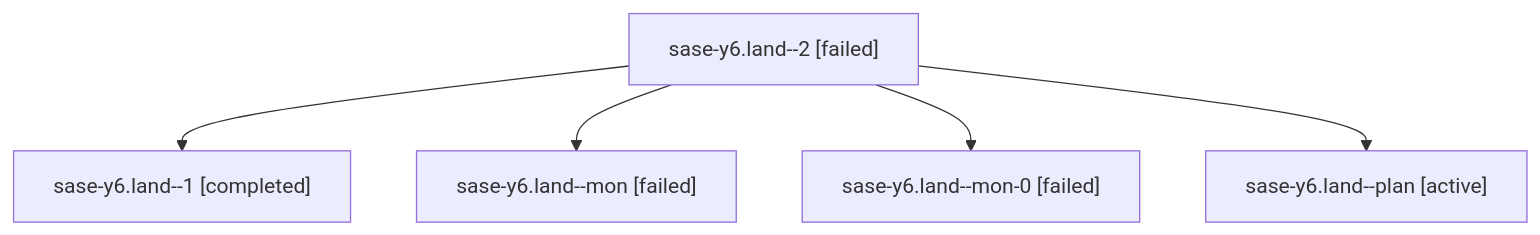
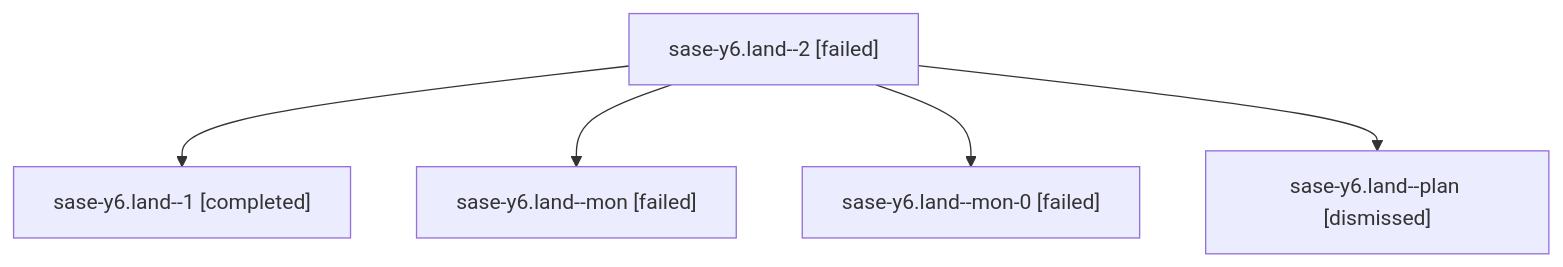
Before and after one commit to sase-org/sase--agents: the diagram in sessions/bbugyi200.athena.sase-y6.land.md, drawn with Mermaid. The commit also changed other lines of this file and 141 other files, not shown here.

````diff
--- a/sessions/bbugyi200.athena.sase-y6.land.md
+++ b/sessions/bbugyi200.athena.sase-y6.land.md
@@ -9,12 +9,12 @@
 ```mermaid
 flowchart TD
   n0["sase-y6.land--2 [failed]"]
   n1["sase-y6.land--1 [completed]"]
   n0 --> n1
   n2["sase-y6.land--mon [failed]"]
   n0 --> n2
   n3["sase-y6.land--mon-0 [failed]"]
   n0 --> n3
-  n4["sase-y6.land--plan [active]"]
+  n4["sase-y6.land--plan [dismissed]"]
   n0 --> n4
 ```
````
